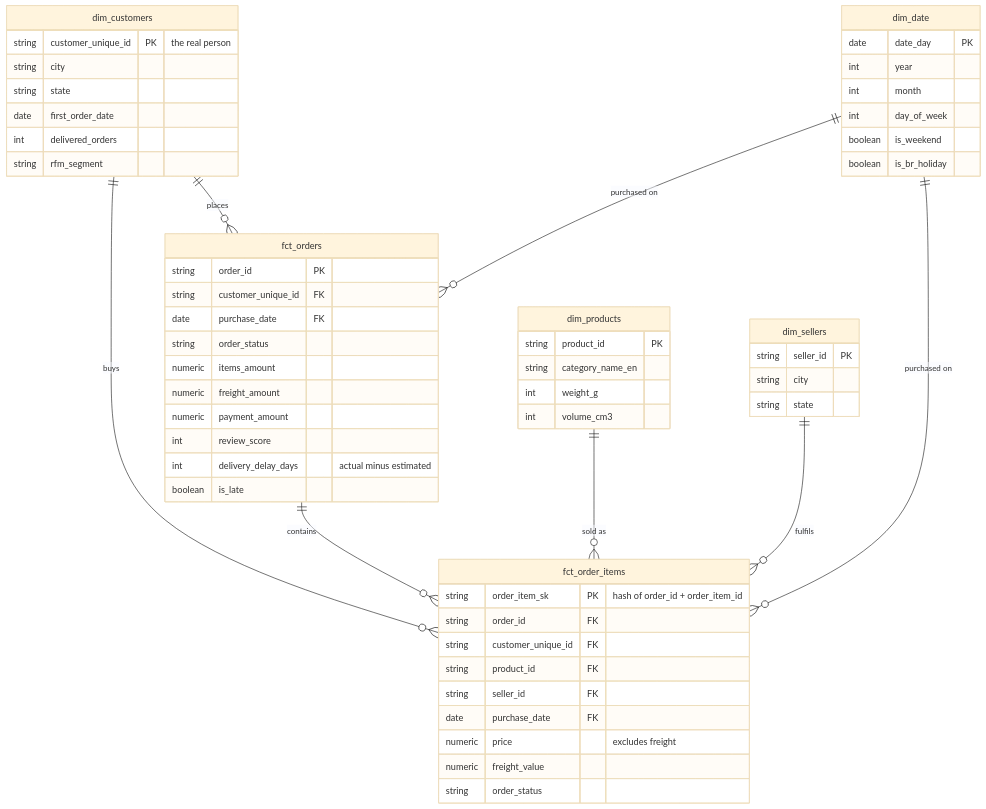
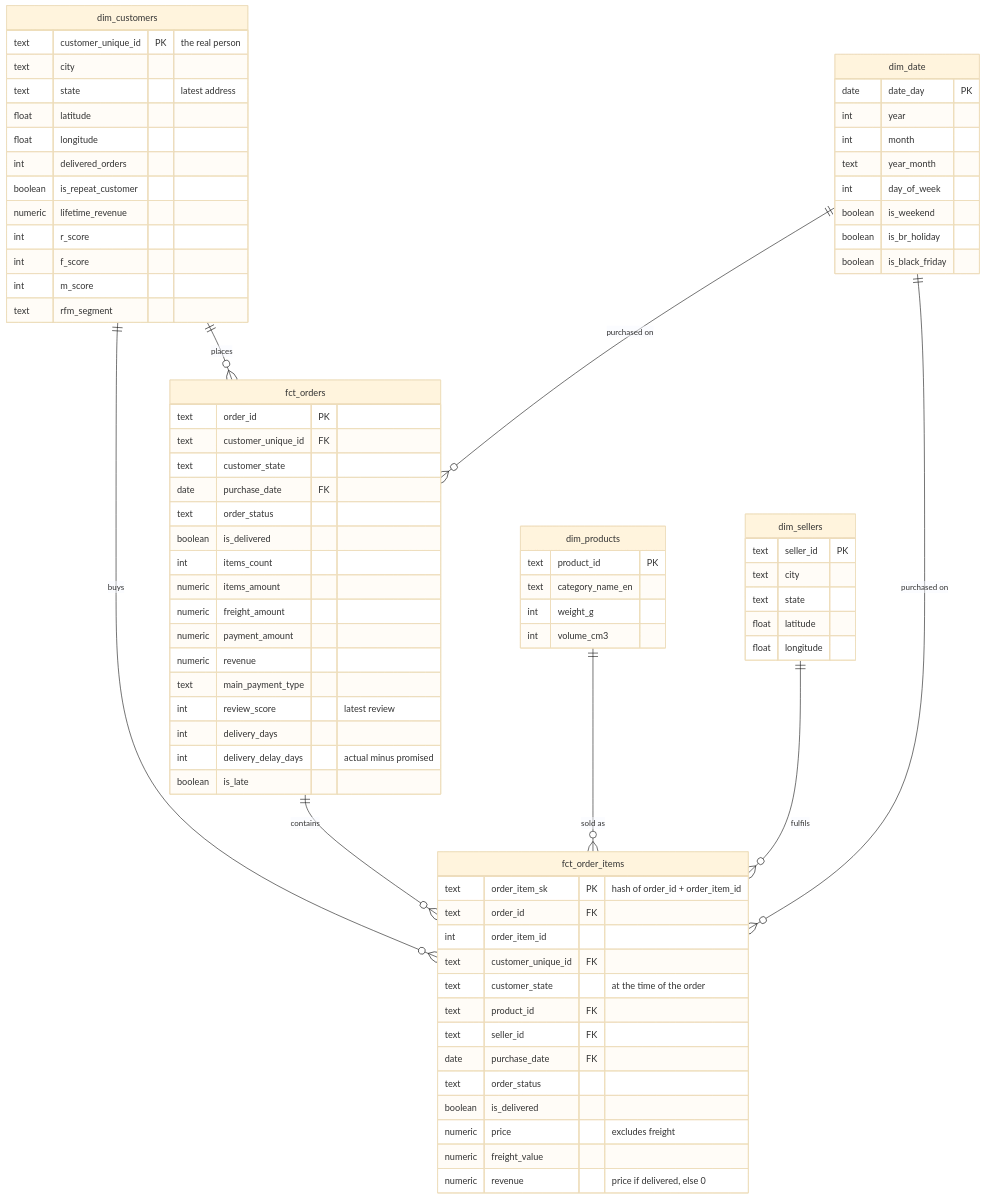
One commit to Samir-AISS/olist-ecommerce-data-platform changed the third of 3 diagrams in README.md. Above: the diagram before and after it, drawn with Mermaid (base theme). The commit also changed other lines of this file and 29 other files, not shown here.

First line of the commit message:
feat: star schema, incremental fact table, snapshot and business tests (#3)

````diff
--- a/README.md
+++ b/README.md
@@ -181,58 +192,78 @@
   dim_date ||--o{ fct_orders : "purchased on"
 
   fct_order_items {
-    string order_item_sk PK "hash of order_id + order_item_id"
-    string order_id FK
-    string customer_unique_id FK
-    string product_id FK
-    string seller_id FK
+    text order_item_sk PK "hash of order_id + order_item_id"
+    text order_id FK
+    int order_item_id
+    text customer_unique_id FK
+    text customer_state "at the time of the order"
+    text product_id FK
+    text seller_id FK
     date purchase_date FK
+    text order_status
+    boolean is_delivered
     numeric price "excludes freight"
     numeric freight_value
-    string order_status
+    numeric revenue "price if delivered, else 0"
   }
 
   fct_orders {
-    string order_id PK
-    string customer_unique_id FK
+    text order_id PK
+    text customer_unique_id FK
+    text customer_state
     date purchase_date FK
-    string order_status
+    text order_status
+    boolean is_delivered
+    int items_count
     numeric items_amount
     numeric freight_amount
     numeric payment_amount
-    int review_score
-    int delivery_delay_days "actual minus estimated"
+    numeric revenue
+    text main_payment_type
+    int review_score "latest review"
+    int delivery_days
+    int delivery_delay_days "actual minus promised"
     boolean is_late
   }
 
   dim_customers {
-    string customer_unique_id PK "the real person"
-    string city
-    string state
-    date first_order_date
+    text customer_unique_id PK "the real person"
+    text city
+    text state "latest address"
+    float latitude
+    float longitude
     int delivered_orders
-    string rfm_segment
+    boolean is_repeat_customer
+    numeric lifetime_revenue
+    int r_score
+    int f_score
+    int m_score
+    text rfm_segment
   }
 
   dim_products {
-    string product_id PK
-    string category_name_en
+    text product_id PK
+    text category_name_en
     int weight_g
     int volume_cm3
   }
 
   dim_sellers {
-    string seller_id PK
-    string city
-    string state
+    text seller_id PK
+    text city
+    text state
+    float latitude
+    float longitude
   }
 
   dim_date {
     date date_day PK
     int year
     int month
+    text year_month
     int day_of_week
     boolean is_weekend
     boolean is_br_holiday
+    boolean is_black_friday
   }
 ```
````
